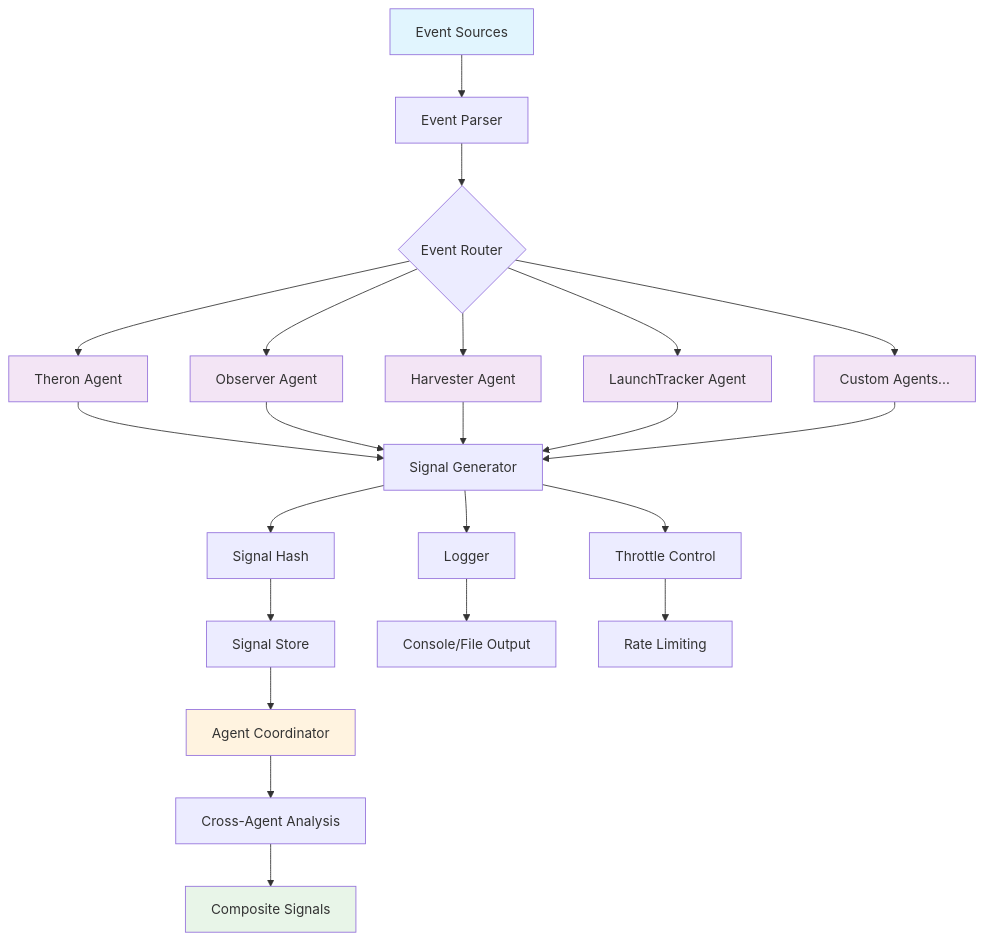
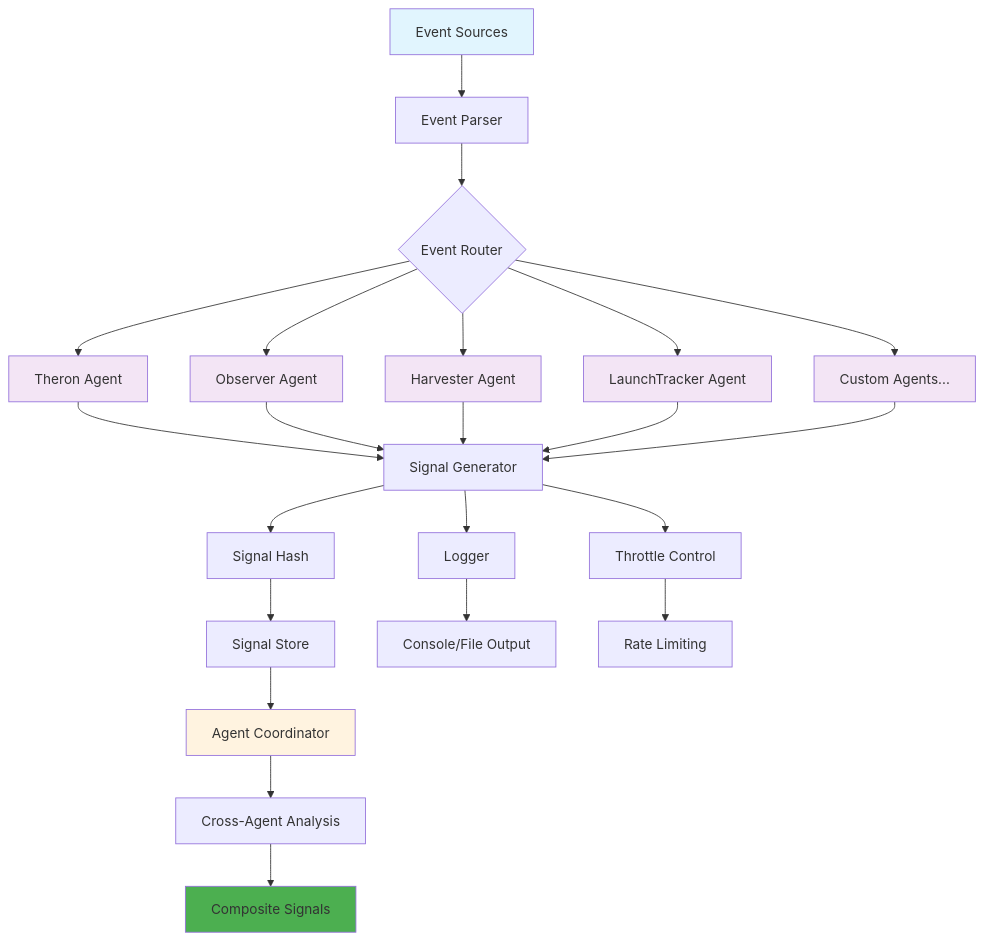
The diagram in README.md (EremosCore/Eremos), drawn with Mermaid before and after one commit.

Commit message:
Architecture restructure for agent coordination

````diff
--- a/README.md
+++ b/README.md
@@ -66,38 +66,38 @@
 ```mermaid
 graph TD
     A[Event Sources] --> B[Event Parser]
     B --> C{Event Router}
     
     C --> D[Theron Agent]
     C --> E[Observer Agent]
     C --> F[Harvester Agent]
     C --> G[LaunchTracker Agent]
     C --> H[Custom Agents...]
     
     D --> I[Signal Generator]
     E --> I
     F --> I
     G --> I
     H --> I
     
     I --> J[Signal Hash]
     I --> K[Logger]
     I --> L[Throttle Control]
     
     J --> M[Signal Store]
     K --> N[Console/File Output]
     L --> O[Rate Limiting]
     
     M --> P[Agent Coordinator]
     P --> Q[Cross-Agent Analysis]
     Q --> R[Composite Signals]
     
     style A fill:#e1f5fe
     style D fill:#f3e5f5
     style E fill:#f3e5f5
     style F fill:#f3e5f5
     style G fill:#f3e5f5
     style H fill:#f3e5f5
     style P fill:#fff3e0
-    style R fill:#e8f5e8
+    style R fill:#4caf50
 ```
````
